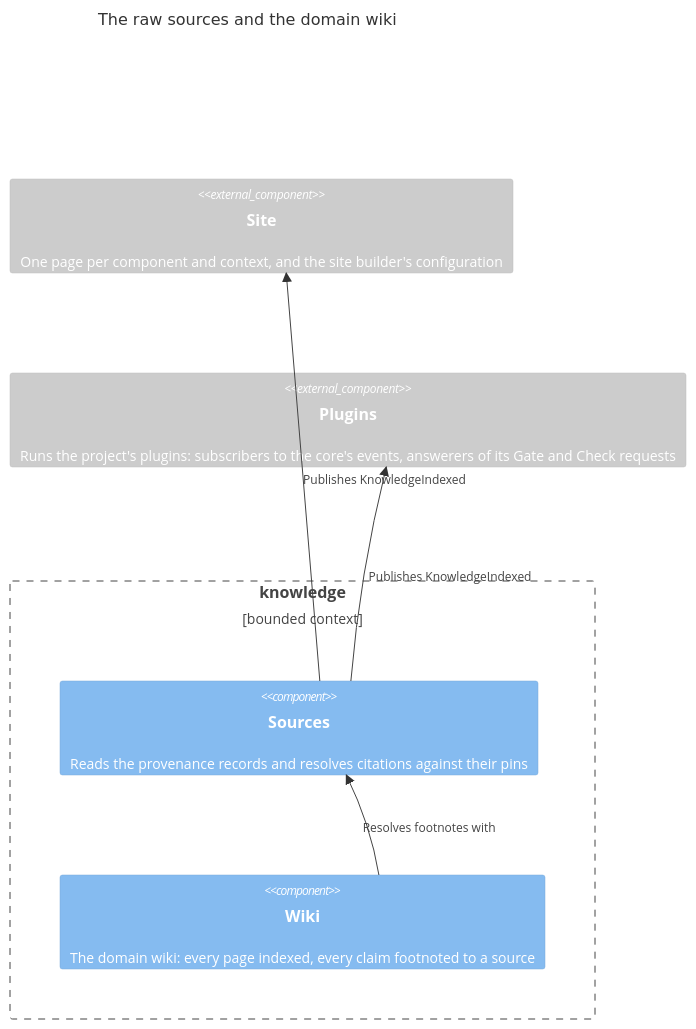
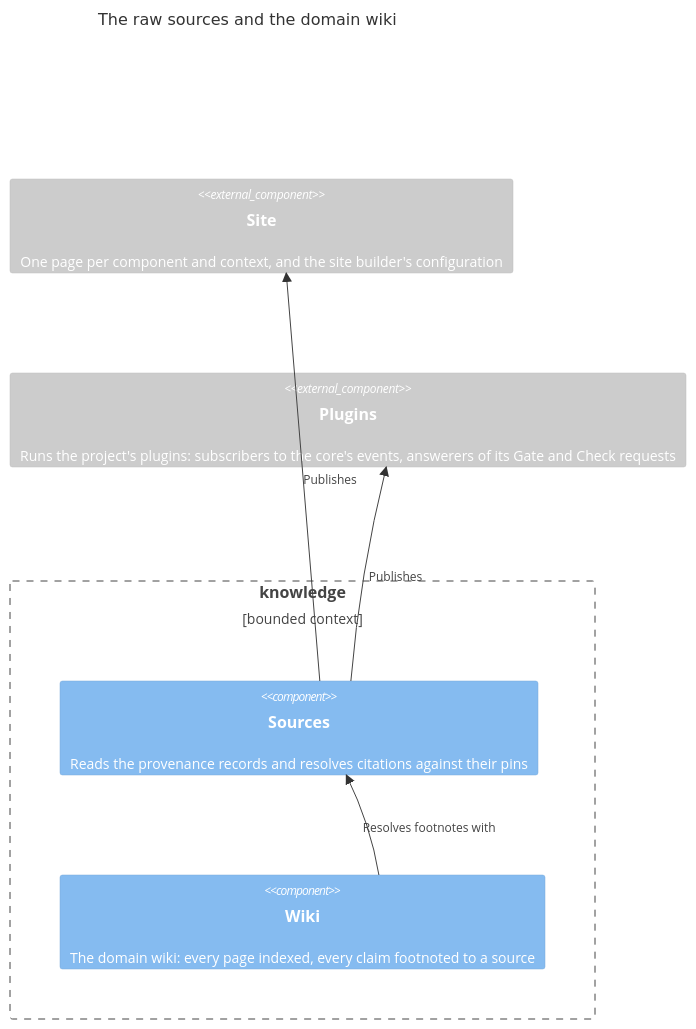
Before and after one commit to scope-impact/rdm: the diagram in dhf/views/knowledge-components.mmd, drawn with Mermaid. The commit also changed 36 other files, not shown here.

```diff
--- a/dhf/views/knowledge-components.mmd
+++ b/dhf/views/knowledge-components.mmd
@@ -1,12 +1,12 @@
-%% model-sha256: 7ea35c8a13445f9e35823b40aaf32874830014a8f29eceaa47b2e7511095ace8; generated by rdm-spec views from dhf/spec/model.edn, view "knowledge-components"; do not edit
+%% model-sha256: 428b2e17e60ae49dae23728500d4537c12cce898b7cd5421147c0683d37d659c; generated by rdm-spec views from dhf/spec/model.edn, view "knowledge-components"; do not edit
 C4Component
 title The raw sources and the domain wiki
 Boundary(boundary__knowledge, "knowledge", "bounded context") {
   Component(knowledge__sources, "Sources", "", "Reads the provenance records and resolves citations against their pins")
   Component(knowledge__wiki, "Wiki", "", "The domain wiki: every page indexed, every claim footnoted to a source")
 }
 Component_Ext(publishing__site, "Site", "", "One page per component and context, and the site builder's configuration")
 Component_Ext(kernel__plugins, "Plugins", "", "Runs the project's plugins: subscribers to the core's events, answerers of its Gate and Check requests")
-Rel(knowledge__sources, publishing__site, "Publishes KnowledgeIndexed")
-Rel(knowledge__sources, kernel__plugins, "Publishes KnowledgeIndexed")
+Rel(knowledge__sources, publishing__site, "Publishes")
+Rel(knowledge__sources, kernel__plugins, "Publishes")
 Rel(knowledge__wiki, knowledge__sources, "Resolves footnotes with")
```
